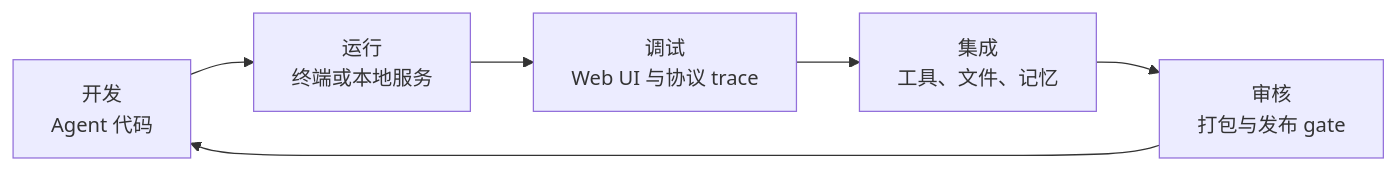
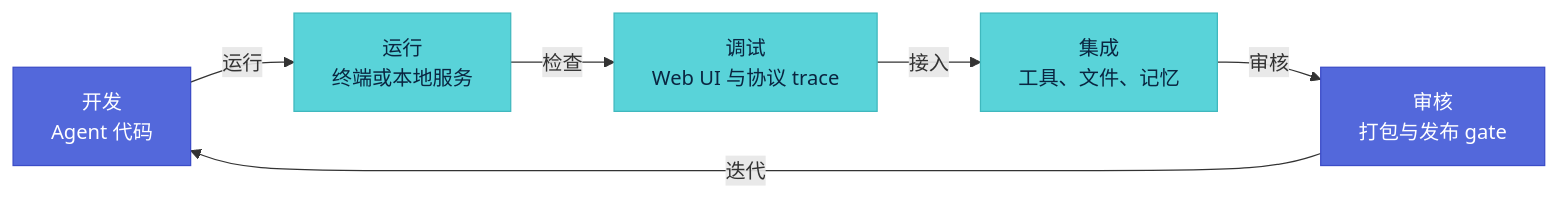
Before and after one commit to kingsoftcloud/ksadk-python: the first of 3 diagrams in docs-site/content/docs/framework/getting-started/concepts.mdx, drawn with Mermaid. The commit also changed other lines of this file and 33 other files, not shown here.

````diff
--- a/docs-site/content/docs/framework/getting-started/concepts.mdx
+++ b/docs-site/content/docs/framework/getting-started/concepts.mdx
@@ -15,8 +15,13 @@
 ```mermaid
 flowchart LR
-  A["开发<br/>Agent 代码"] --> B["运行<br/>终端或本地服务"]
-  B --> C["调试<br/>Web UI 与协议 trace"]
-  C --> D["集成<br/>工具、文件、记忆"]
-  D --> E["审核<br/>打包与发布 gate"]
-  E --> A
+  A["开发<br/>Agent 代码"] -->|运行| B["运行<br/>终端或本地服务"]
+  B -->|检查| C["调试<br/>Web UI 与协议 trace"]
+  C -->|接入| D["集成<br/>工具、文件、记忆"]
+  D -->|审核| E["审核<br/>打包与发布 gate"]
+  E -->|迭代| A
+
+  classDef brand fill:#5368db,stroke:#3b4cc7,color:#fff
+  classDef accent fill:#59d3d9,stroke:#3fb8be,color:#0a2540
+  class A,E brand
+  class B,C,D accent
 ```
````
